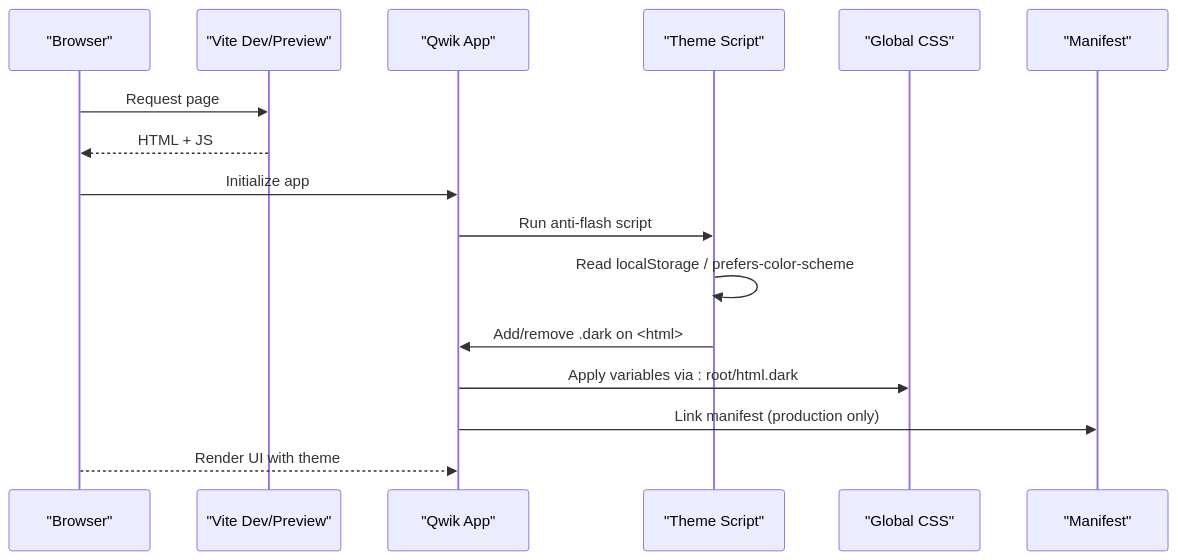
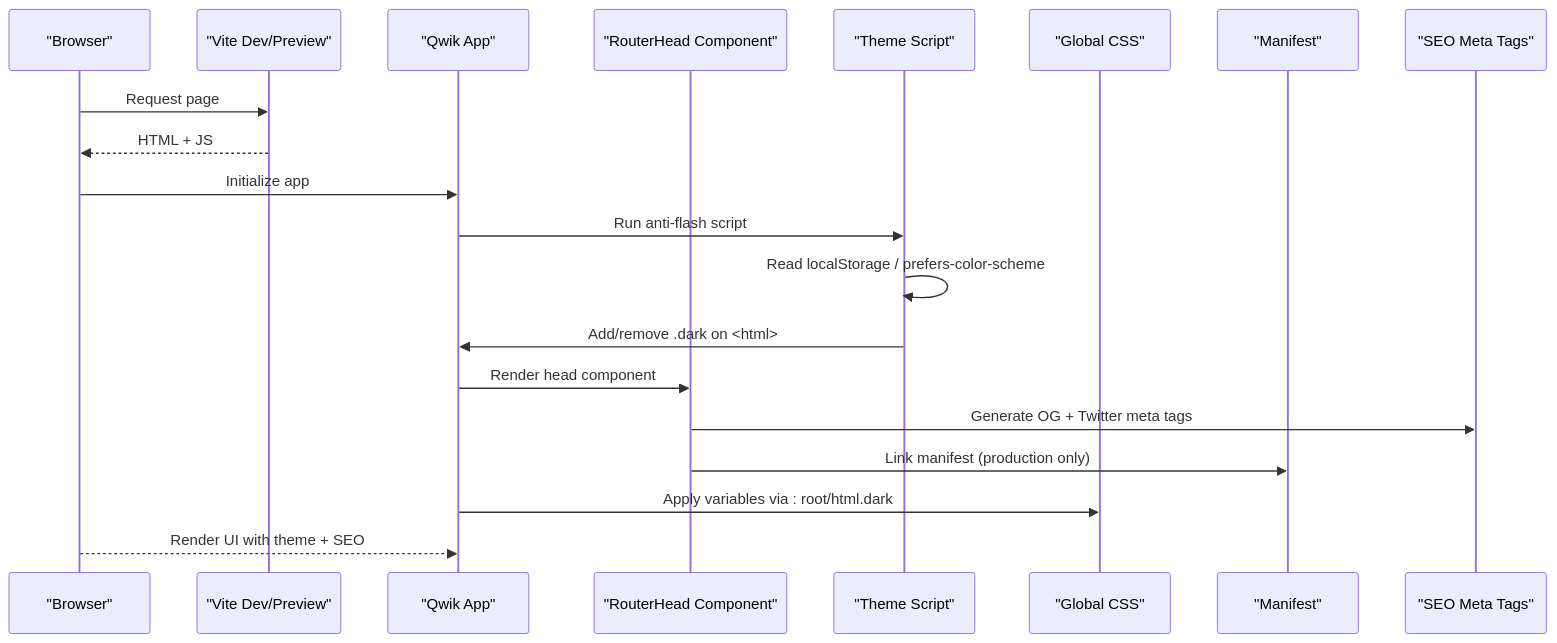
One commit to delirium-dj/modelcomp changed the second of 6 diagrams in .qoder/repowiki/en/content/Configuration & Customization.md. Above: the diagram before and after it, drawn with Mermaid. The commit also changed other lines of this file and 132 other files, not shown here.

````diff
--- a/.qoder/repowiki/en/content/Configuration & Customization.md
+++ b/.qoder/repowiki/en/content/Configuration & Customization.md
@@ -102,18 +123,22 @@
 ```mermaid
 sequenceDiagram
 participant Browser as "Browser"
 participant Vite as "Vite Dev/Preview"
 participant Qwik as "Qwik App"
+participant RouterHead as "RouterHead Component"
 participant Theme as "Theme Script"
 participant CSS as "Global CSS"
 participant PWA as "Manifest"
+participant SEO as "SEO Meta Tags"
 Browser->>Vite : Request page
 Vite-->>Browser : HTML + JS
 Browser->>Qwik : Initialize app
 Qwik->>Theme : Run anti-flash script
 Theme->>Theme : Read localStorage / prefers-color-scheme
 Theme->>Qwik : Add/remove .dark on <html>
+Qwik->>RouterHead : Render head component
+RouterHead->>SEO : Generate OG + Twitter meta tags
+RouterHead->>PWA : Link manifest (production only)
 Qwik->>CSS : Apply variables via : root/html.dark
-Qwik->>PWA : Link manifest (production only)
-Browser-->>Qwik : Render UI with theme
+Browser-->>Qwik : Render UI with theme + SEO
 ```
````
